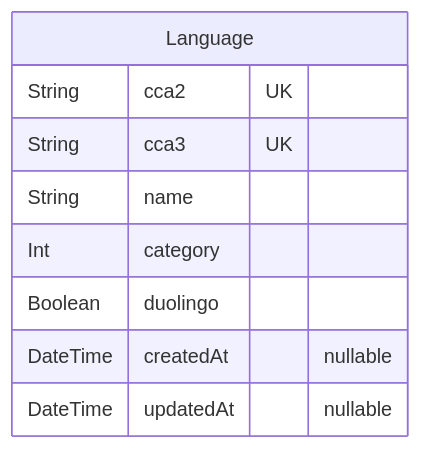
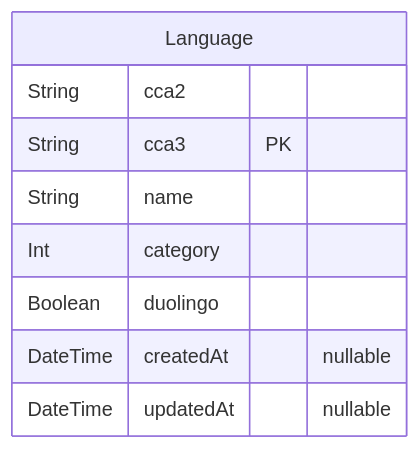
The diagram in app/broca/prisma/README.md (hieudoanm/hieudoanm.github.io), drawn with Mermaid before and after one commit. The commit also changed other lines of this file and 45 other files, not shown here.

````diff
--- a/app/broca/prisma/README.md
+++ b/app/broca/prisma/README.md
@@ -7,12 +11,12 @@
 ```mermaid
 erDiagram
 "Language" {
-    String cca2 UK
-    String cca3 UK
+    String cca2
+    String cca3 PK
     String name
     Int category
     Boolean duolingo
     DateTime createdAt "nullable"
     DateTime updatedAt "nullable"
 }
 ```
````
